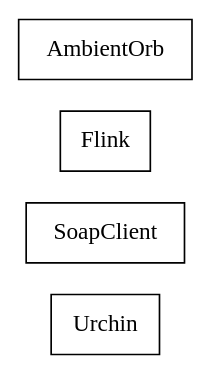
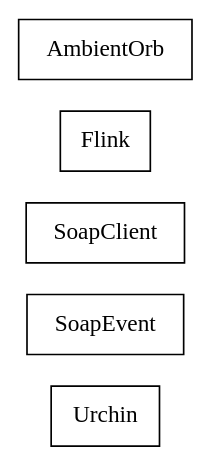
Before and after one commit to sekati/sasapi: the diagram in docs/com/sekati/service/classes.dot, drawn with Graphviz. The commit also changed 43 other files, not shown here.

```diff
--- a/docs/com/sekati/service/classes.dot
+++ b/docs/com/sekati/service/classes.dot
@@ -1,27 +1,33 @@
 strict digraph class_diagram {
   rankdir=LR;
   TypeUrchin[
     label="Urchin",
     URL="Urchin.html",
     tooltip="com.sekati.service.Urchin",
+    shape="record"
+  ];
+  TypeSoapEvent[
+    label="SoapEvent",
+    URL="SoapEvent.html",
+    tooltip="com.sekati.service.SoapEvent",
     shape="record"
   ];
   TypeSoapClient[
     label="SoapClient",
     URL="SoapClient.html",
     tooltip="com.sekati.service.SoapClient",
     shape="record"
   ];
   TypeFlink[
     label="Flink",
     URL="Flink.html",
     tooltip="com.sekati.service.Flink",
     shape="record"
   ];
   TypeAmbientOrb[
     label="AmbientOrb",
     URL="AmbientOrb.html",
     tooltip="com.sekati.service.AmbientOrb",
     shape="record"
   ];
 }
```
